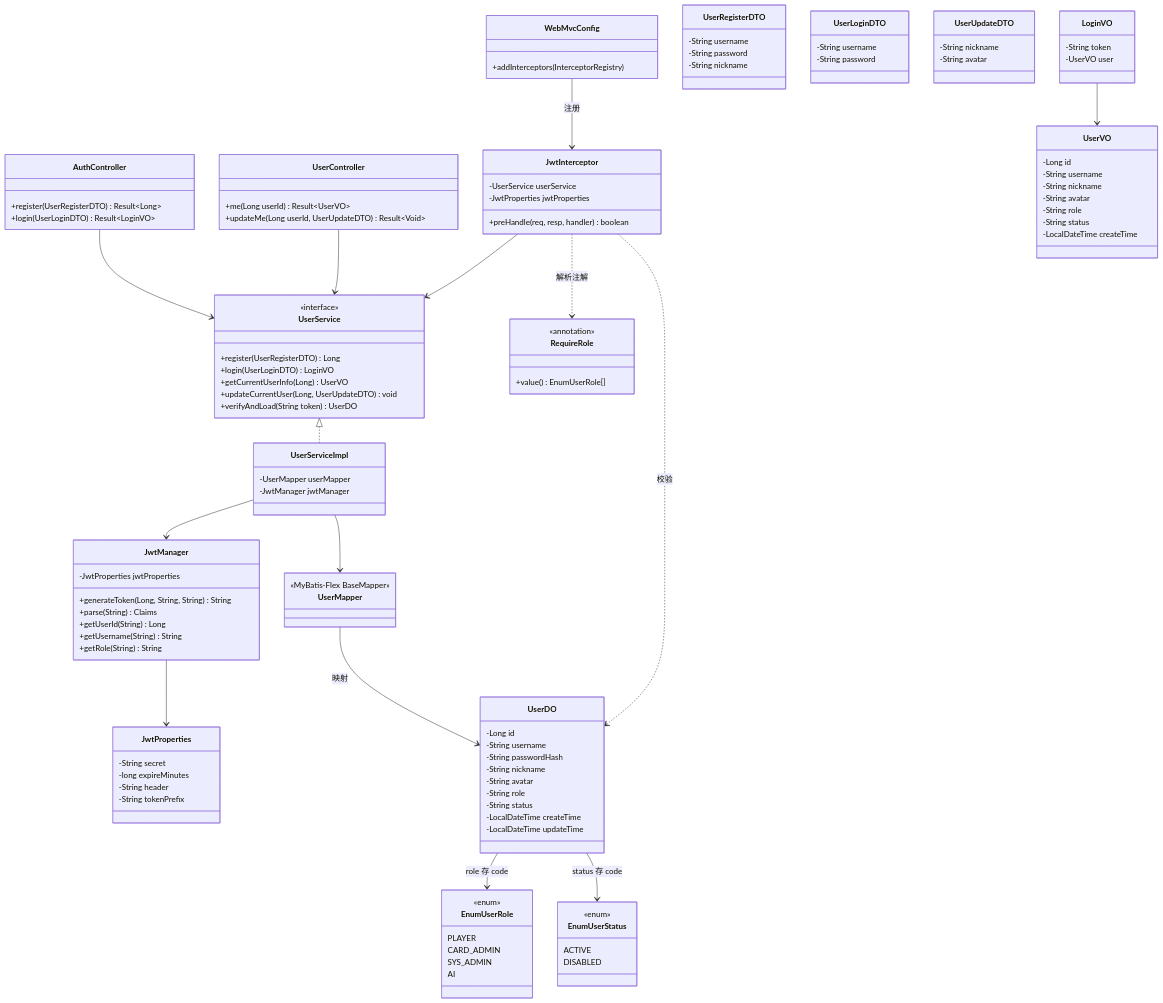
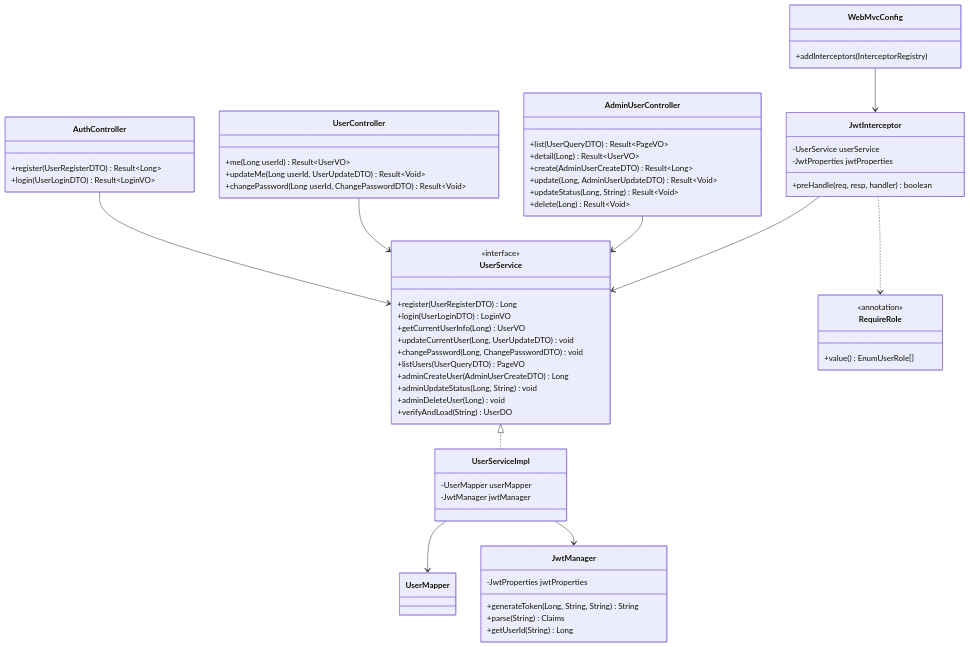
The diagram in docs/设计文档/04-详细设计-迭代二-用户系统与权限管理.md (yuJunOk/mtcg), drawn with Mermaid before and after one commit. The commit also changed other lines of this file and 15 other files, not shown here.

````diff
--- a/docs/设计文档/04-详细设计-迭代二-用户系统与权限管理.md
+++ b/docs/设计文档/04-详细设计-迭代二-用户系统与权限管理.md
@@ -1194,6 +994,16 @@
     class UserController {
         +me(Long userId) Result~UserVO~
         +updateMe(Long userId, UserUpdateDTO) Result~Void~
+        +changePassword(Long userId, ChangePasswordDTO) Result~Void~
+    }
+
+    class AdminUserController {
+        +list(UserQueryDTO) Result~PageVO~
+        +detail(Long) Result~UserVO~
+        +create(AdminUserCreateDTO) Result~Long~
+        +update(Long, AdminUserUpdateDTO) Result~Void~
+        +updateStatus(Long, String) Result~Void~
+        +delete(Long) Result~Void~
     }
 
     class UserService {
@@ -1202,7 +1012,12 @@
         +login(UserLoginDTO) LoginVO
         +getCurrentUserInfo(Long) UserVO
         +updateCurrentUser(Long, UserUpdateDTO) void
-        +verifyAndLoad(String token) UserDO
+        +changePassword(Long, ChangePasswordDTO) void
+        +listUsers(UserQueryDTO) PageVO
+        +adminCreateUser(AdminUserCreateDTO) Long
+        +adminUpdateStatus(Long, String) void
+        +adminDeleteUser(Long) void
+        +verifyAndLoad(String) UserDO
     }
 
     class UserServiceImpl {
@@ -1215,15 +1030,6 @@
         +generateToken(Long, String, String) String
         +parse(String) Claims
         +getUserId(String) Long
-        +getUsername(String) String
-        +getRole(String) String
-    }
-
-    class JwtProperties {
-        -String secret
-        -long expireMinutes
-        -String header
-        -String tokenPrefix
     }
 
     class JwtInterceptor {
@@ -1241,79 +1047,13 @@
         +value() EnumUserRole[]
     }
 
-    class UserMapper {
-        <<MyBatis-Flex BaseMapper>>
-    }
-
-    class UserDO {
-        -Long id
-        -String username
-        -String passwordHash
-        -String nickname
-        -String avatar
-        -String role
-        -String status
-        -LocalDateTime createTime
-        -LocalDateTime updateTime
-    }
-
-    class EnumUserRole {
-        <<enum>>
-        PLAYER
-        CARD_ADMIN
-        SYS_ADMIN
-        AI
-    }
-
-    class EnumUserStatus {
-        <<enum>>
-        ACTIVE
-        DISABLED
-    }
-
-    class UserRegisterDTO {
-        -String username
-        -String password
-        -String nickname
-    }
-
-    class UserLoginDTO {
-        -String username
-        -String password
-    }
-
-    class UserUpdateDTO {
-        -String nickname
-        -String avatar
-    }
-
-    class UserVO {
-        -Long id
-        -String username
-        -String nickname
-        -String avatar
-        -String role
-        -String status
-        -LocalDateTime createTime
-    }
-
-    class LoginVO {
-        -String token
-        -UserVO user
-    }
-
     AuthController --> UserService
     UserController --> UserService
+    AdminUserController --> UserService
     UserService <|.. UserServiceImpl
     UserServiceImpl --> UserMapper
     UserServiceImpl --> JwtManager
-    UserMapper --> UserDO : 映射
-    JwtManager --> JwtProperties
     JwtInterceptor --> UserService
-    JwtInterceptor ..> RequireRole : 解析注解
-    JwtInterceptor ..> UserDO : 校验
-    WebMvcConfig --> JwtInterceptor : 注册
-    UserDO --> EnumUserRole : role 存 code
-    UserDO --> EnumUserStatus : status 存 code
-    LoginVO --> UserVO
+    JwtInterceptor ..> RequireRole
+    WebMvcConfig --> JwtInterceptor
 ```
````
